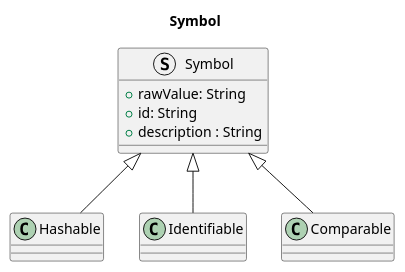
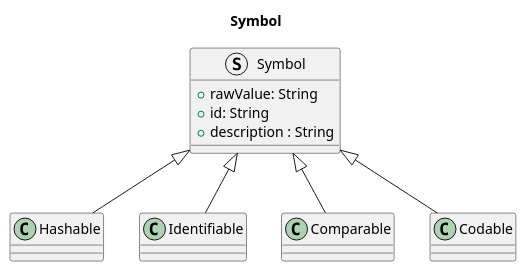
One commit to vitali-kurlovich/demo-service-layer changed the diagram in Documents/Services/Data/Symbol.puml. Above: the diagram before and after it, drawn with PlantUML. The commit also changed 9 other files, not shown here.

Commit message:
Update UML

```diff
--- a/Documents/Services/Data/Symbol.puml
+++ b/Documents/Services/Data/Symbol.puml
@@ -1,14 +1,15 @@
 @startuml
 title Symbol
 
 struct Symbol {
     + rawValue: String
     + id: String
     + description : String
 }
 
 Symbol <|-- Hashable
 Symbol <|-- Identifiable
 Symbol <|-- Comparable
+Symbol <|-- Codable
 
 @end
```
